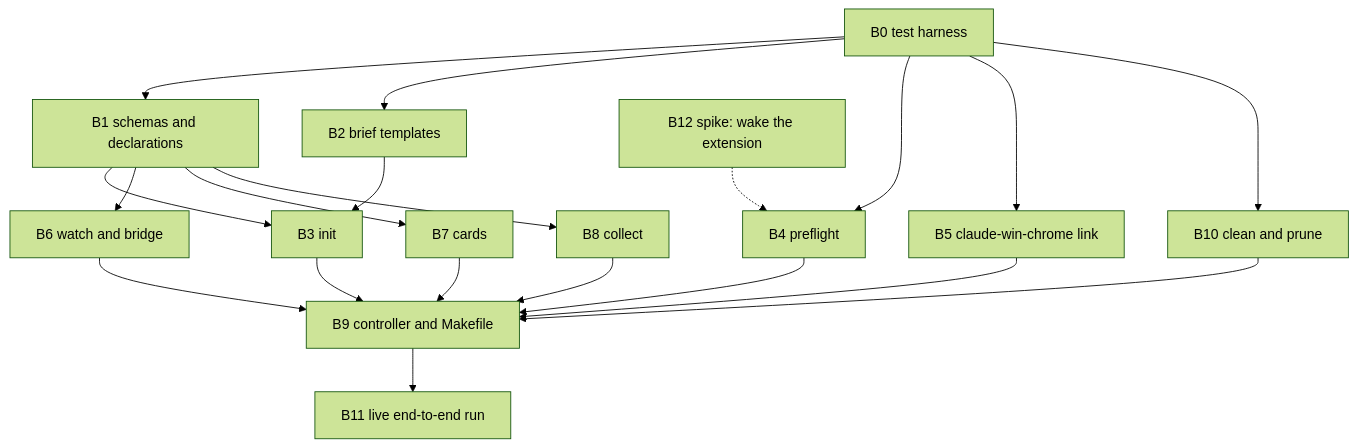
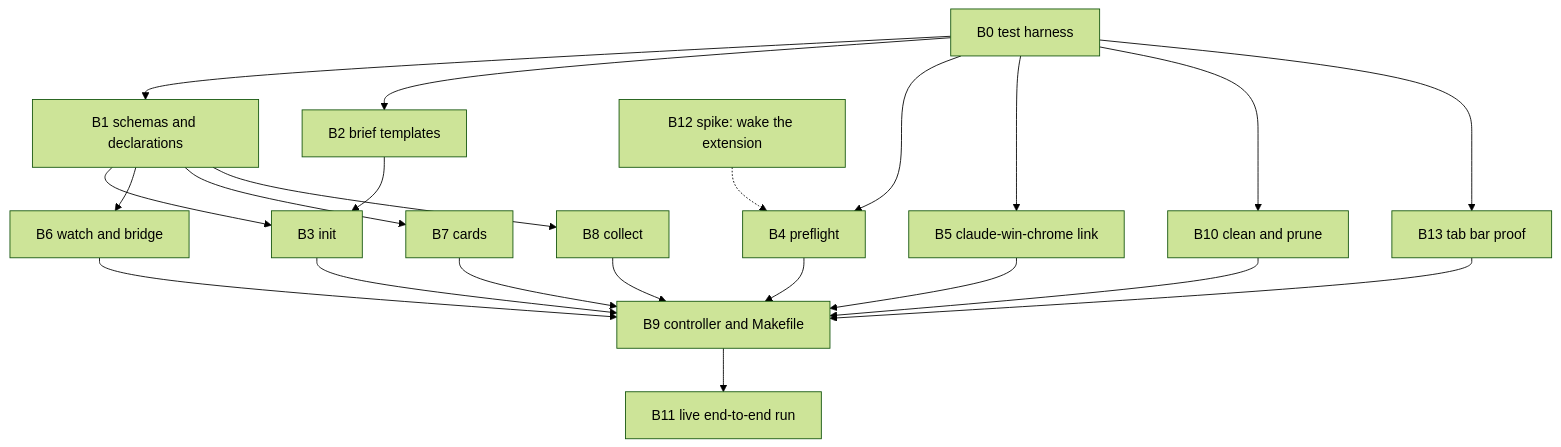
One commit to jkkelley/dotfiles changed the third of 3 diagrams in docs/design/inbox-sweep.md. Above: the diagram before and after it, drawn with Mermaid (forest theme). The commit also changed other lines of this file and 2 other files, not shown here.

First line of the commit message:
docs(design): inbox sweep anchor-tab rule and screenshot completion proof

````diff
--- a/docs/design/inbox-sweep.md
+++ b/docs/design/inbox-sweep.md
@@ -257,22 +269,24 @@
 ```mermaid
 flowchart TD
   B0[B0 test harness] --> B1[B1 schemas and declarations]
   B0 --> B2[B2 brief templates]
   B1 --> B3[B3 init]
   B2 --> B3
   B0 --> B4[B4 preflight]
   B0 --> B5[B5 claude-win-chrome link]
   B1 --> B6[B6 watch and bridge]
   B1 --> B7[B7 cards]
   B1 --> B8[B8 collect]
   B0 --> B10[B10 clean and prune]
   B3 --> B9[B9 controller and Makefile]
   B4 --> B9
   B5 --> B9
   B6 --> B9
   B7 --> B9
   B8 --> B9
   B10 --> B9
   B9 --> B11[B11 live end-to-end run]
+  B0 --> B13[B13 tab bar proof]
+  B13 --> B9
   B12[B12 spike: wake the extension] -.-> B4
 ```
````
